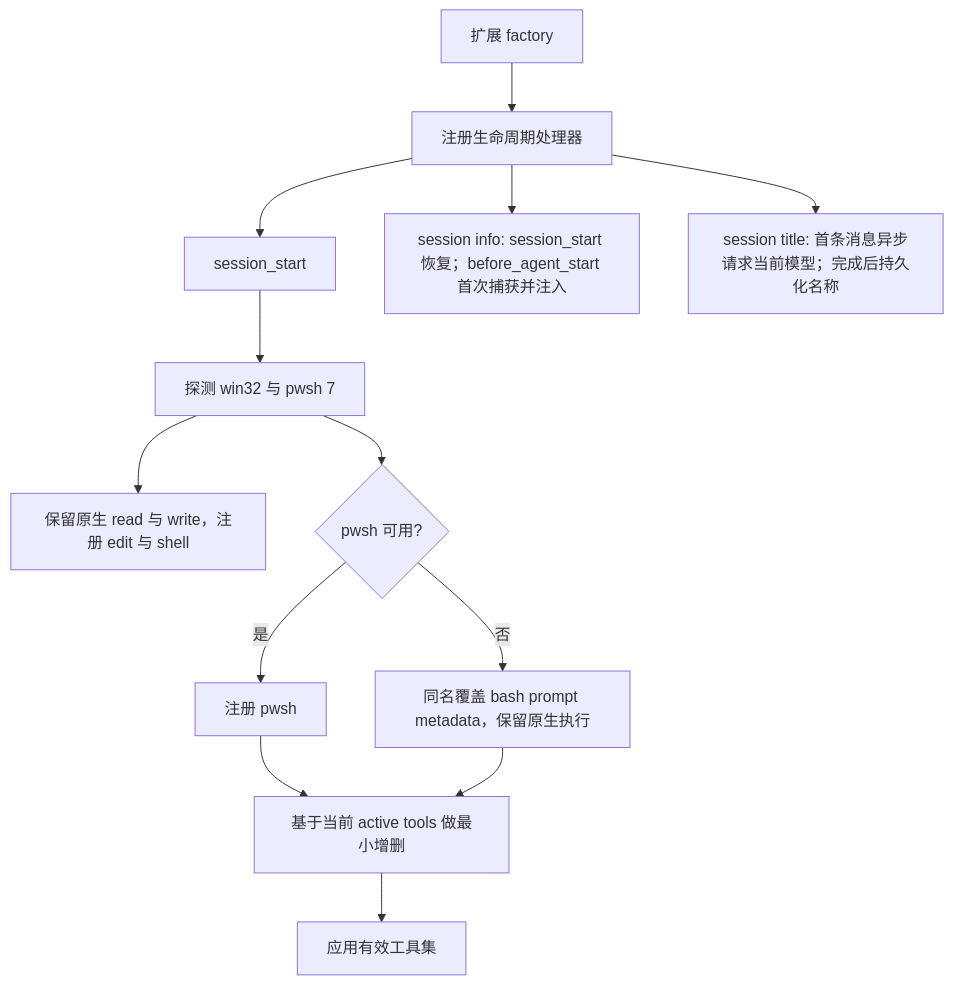
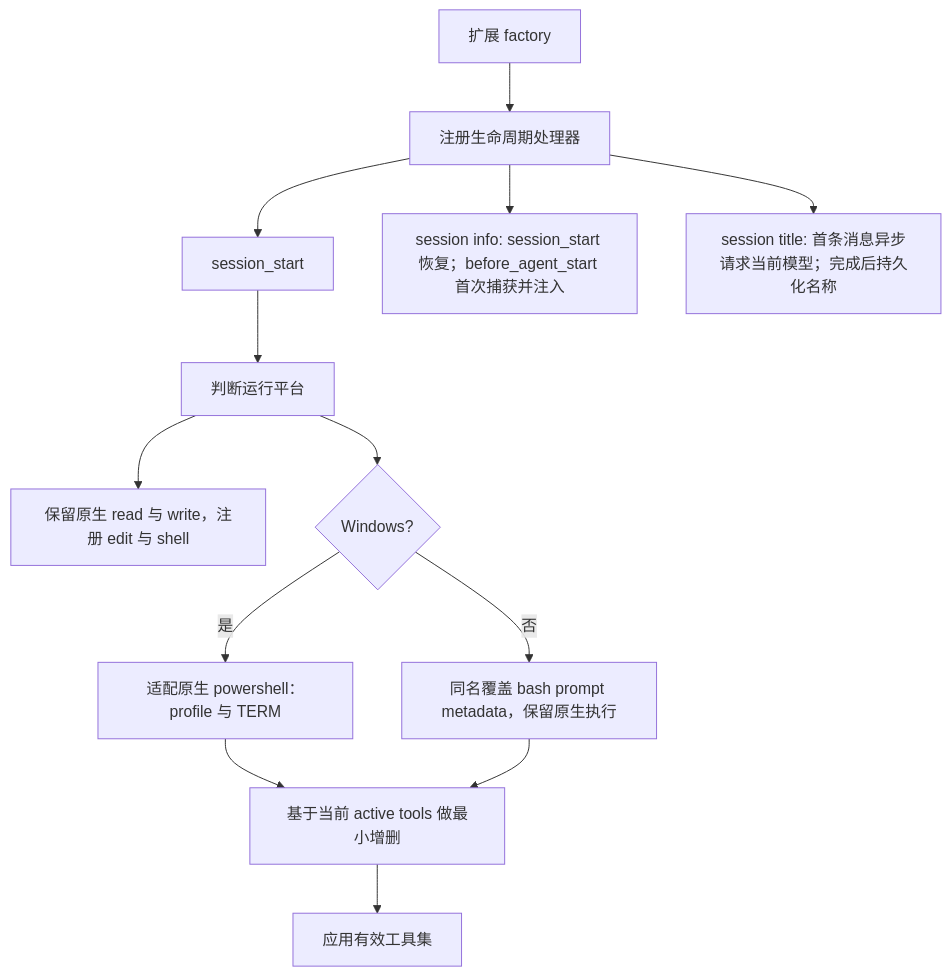
One commit to cha133/pi-enhanced changed the diagram in docs/architecture.md. Above: the diagram before and after it, drawn with Mermaid. The commit also changed other lines of this file and 13 other files, not shown here.

````diff
--- a/docs/architecture.md
+++ b/docs/architecture.md
@@ -27,15 +27,15 @@
 ```mermaid
 flowchart TD
     A["扩展 factory"] --> B["注册生命周期处理器"]
     B --> C["session_start"]
-    C --> D["探测 win32 与 pwsh 7"]
+    C --> D["判断运行平台"]
     D --> E["保留原生 read 与 write，注册 edit 与 shell"]
-    D --> F{"pwsh 可用?"}
-    F -->|是| G["注册 pwsh"]
+    D --> F{"Windows?"}
+    F -->|是| G["适配原生 powershell：profile 与 TERM"]
     F -->|否| H["同名覆盖 bash prompt metadata，保留原生执行"]
     G --> I["基于当前 active tools 做最小增删"]
     H --> I
     I --> J["应用有效工具集"]
     B --> M["session info: session_start 恢复；before_agent_start 首次捕获并注入"]
     B --> N["session title: 首条消息异步请求当前模型；完成后持久化名称"]
 ```
````
